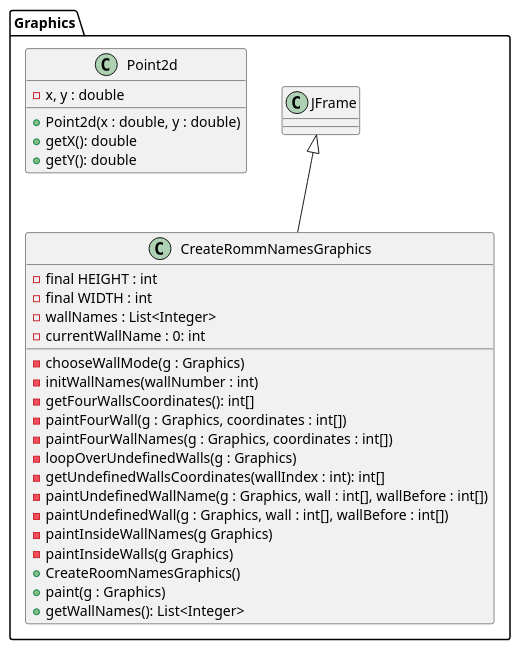
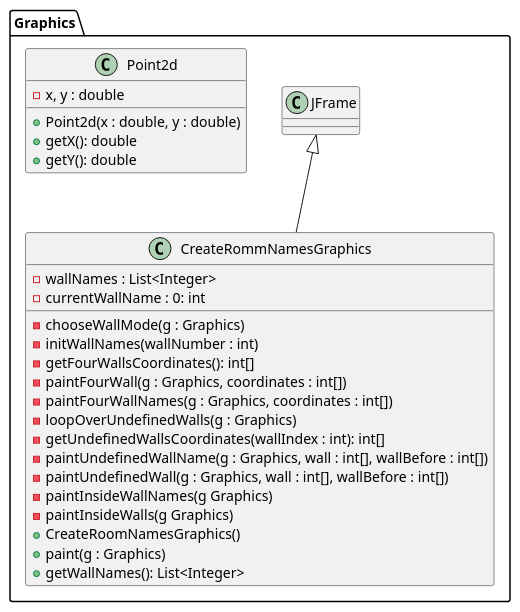
One commit to Raboro/Home-Visualizer changed the diagram in doc/Diagrams/class diagrams/Graphics (2d) class diagram.md. Above: the diagram before and after it, drawn with PlantUML. The commit also changed 2 other files, not shown here.

Commit message:
make changes in diagrams

````diff
--- a/doc/Diagrams/class diagrams/Graphics (2d) class diagram.md
+++ b/doc/Diagrams/class diagrams/Graphics (2d) class diagram.md
@@ -1,37 +1,35 @@
 ```plantuml
 @startuml
 
 namespace Graphics {
-    class CreateRommNamesGraphics extends JFrame{
-        - final HEIGHT : int            
-        - final WIDTH : int        
+    class CreateRommNamesGraphics extends JFrame{      
         - wallNames : List<Integer>
         - currentWallName : 0: int
         - chooseWallMode(g : Graphics)
         - initWallNames(wallNumber : int)
         - getFourWallsCoordinates(): int[]
         - paintFourWall(g : Graphics, coordinates : int[])
         - paintFourWallNames(g : Graphics, coordinates : int[])
         - loopOverUndefinedWalls(g : Graphics)
         - getUndefinedWallsCoordinates(wallIndex : int): int[]
         - paintUndefinedWallName(g : Graphics, wall : int[], wallBefore : int[])
         - paintUndefinedWall(g : Graphics, wall : int[], wallBefore : int[])
         - paintInsideWallNames(g Graphics)
         - paintInsideWalls(g Graphics)
         + CreateRoomNamesGraphics()
         + paint(g : Graphics)
         + getWallNames(): List<Integer>
 
     }
 
     class Point2d{
         - x, y : double
         + Point2d(x : double, y : double)
         + getX(): double
         + getY(): double
     }
 }
 
 @enduml
 
 ```
````
